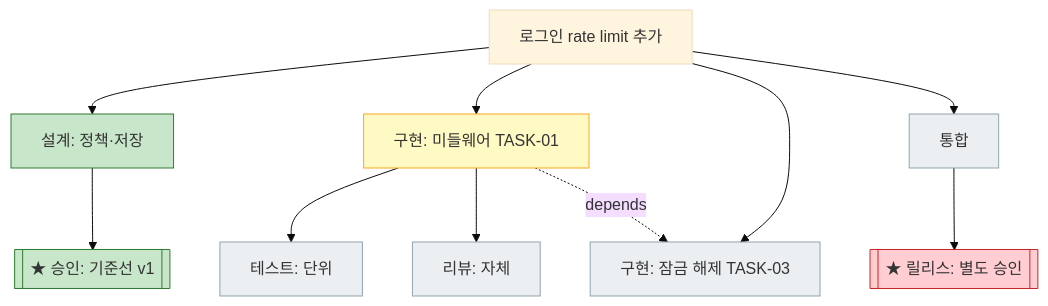
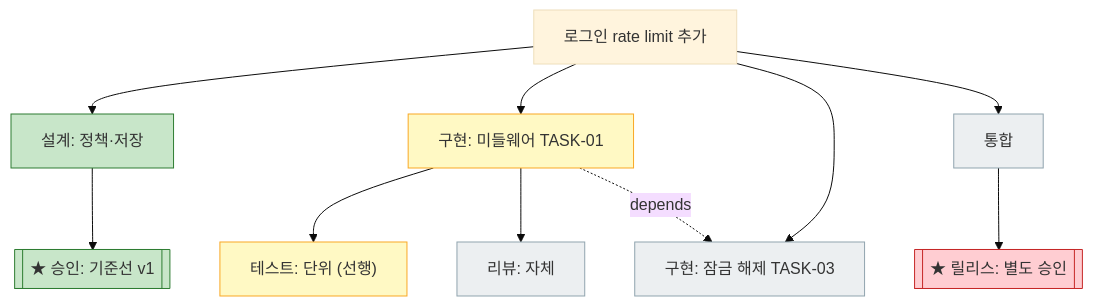
Before and after one commit to bluesky5008/llm_workflow: the diagram in skills/wf-tree/SKILL.md, drawn with Mermaid (base theme). The commit also changed other lines of this file and 9 other files, not shown here.

Commit message:
TDD 규정을 워크플로우 스킬에 반영

````diff
--- a/skills/wf-tree/SKILL.md
+++ b/skills/wf-tree/SKILL.md
@@ -141,16 +144,16 @@
 ```mermaid
 flowchart TD
     ROOT["로그인 rate limit 추가"] --> DES["설계: 정책·저장"]:::done
     DES --> APR1[["★ 승인: 기준선 v1"]]:::done
     ROOT --> T1["구현: 미들웨어 TASK-01"]:::active
-    T1 --> TEST1["테스트: 단위"]:::todo
+    T1 --> TEST1["테스트: 단위 (선행)"]:::active
     T1 --> REV["리뷰: 자체"]:::todo
     ROOT --> T2["구현: 잠금 해제 TASK-03"]:::todo
     T1 -. depends .-> T2
     ROOT --> INT["통합"]:::todo
     INT --> REL[["★ 릴리스: 별도 승인"]]:::gate
     classDef done fill:#c8e6c9,stroke:#2e7d32
     classDef active fill:#fff9c4,stroke:#f9a825
     classDef todo fill:#eceff1,stroke:#90a4ae
     classDef gate fill:#ffcdd2,stroke:#c62828
 ```
````
